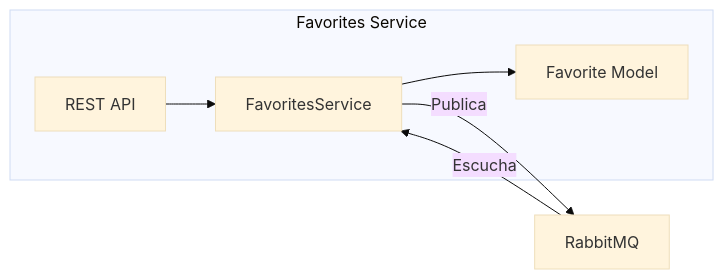
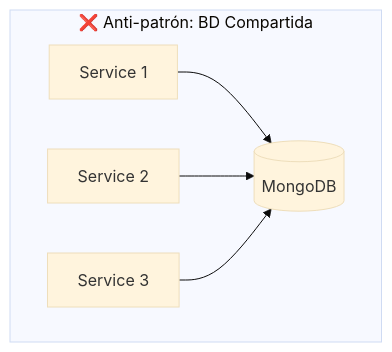
Before and after one commit to paelsam/StreamiaServer: the eighth of 27 diagrams in README.md, drawn with Mermaid (base theme). The commit also changed other lines of this file and 20 other files, not shown here.

````diff
--- a/README.md
+++ b/README.md
@@ -243,13 +267,8 @@
 ```mermaid
-flowchart LR
-    subgraph Favorites Service
-        API[REST API]
-        SVC[FavoritesService]
-        MODEL[Favorite Model]
+flowchart TB
+    subgraph "❌ Anti-patrón: BD Compartida"
+        S1[Service 1] --> DB[(MongoDB)]
+        S2[Service 2] --> DB
+        S3[Service 3] --> DB
     end
-
-    API --> SVC
-    SVC --> MODEL
-    SVC --> |Publica| RMQ[RabbitMQ]
-    RMQ --> |Escucha| SVC
 ```
````
